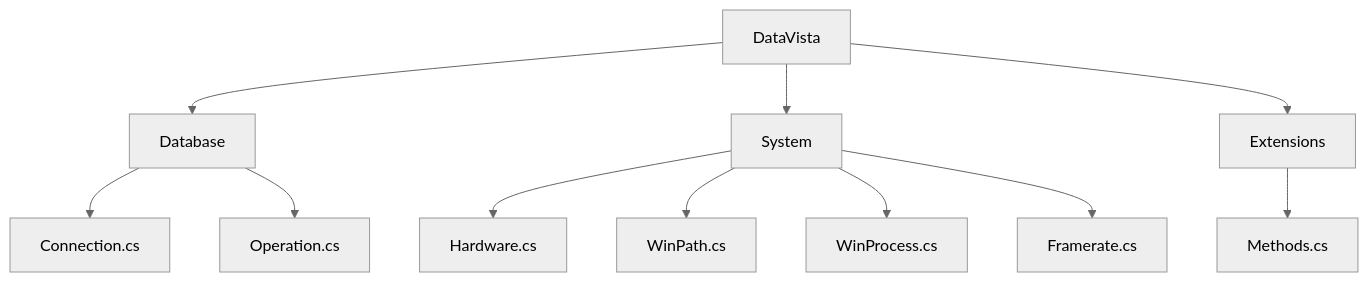
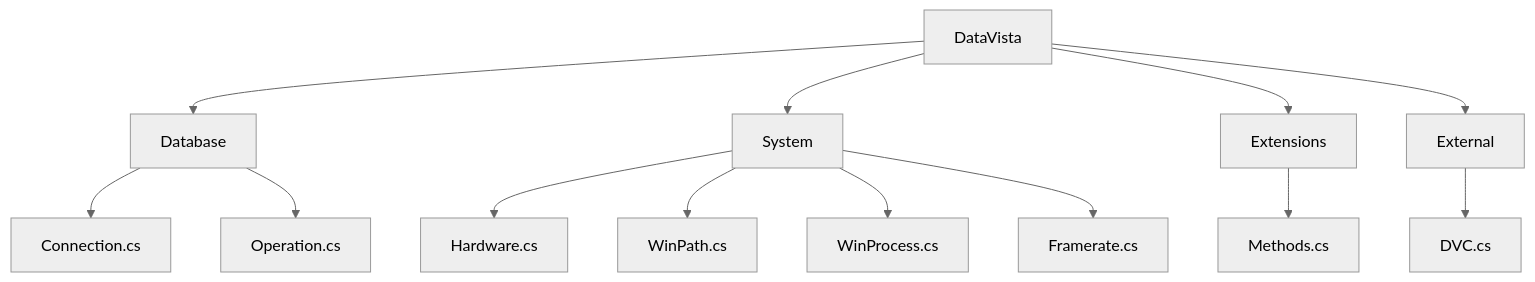
Before and after one commit to grimy86/DataVista: the diagram in README.md, drawn with Mermaid (neutral theme). The commit also changed 6 other files, not shown here.

Commit message:
- Updated CodeSnippets.cs - Added DVC dll, DataVista C - Added External.DVC

````diff
--- a/README.md
+++ b/README.md
@@ -53,13 +53,15 @@
 ```mermaid
 graph TD;
 	DataVista --> Database
 	DataVista --> System
 	DataVista --> Extensions
+	DataVista --> External
 	Database --> Connection.cs
 	Database --> Operation.cs
 	System --> Hardware.cs
 	System --> WinPath.cs
 	System --> WinProcess.cs
 	System --> Framerate.cs
 	Extensions --> Methods.cs
+	External --> DVC.cs
 ```
````
